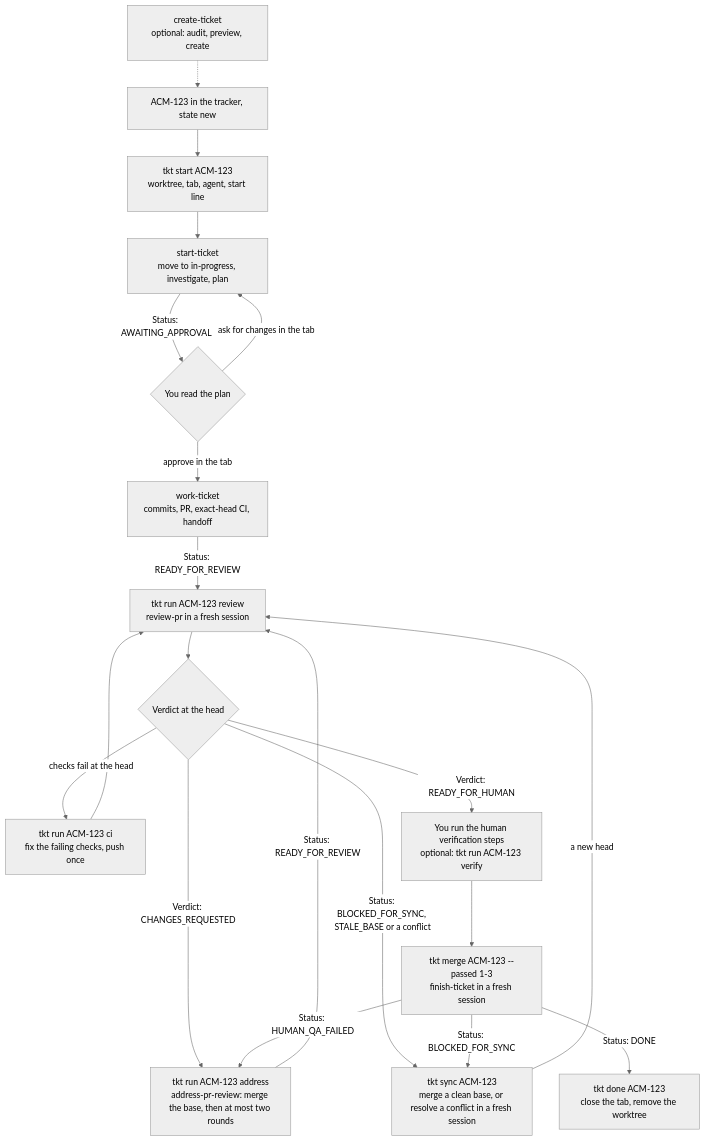
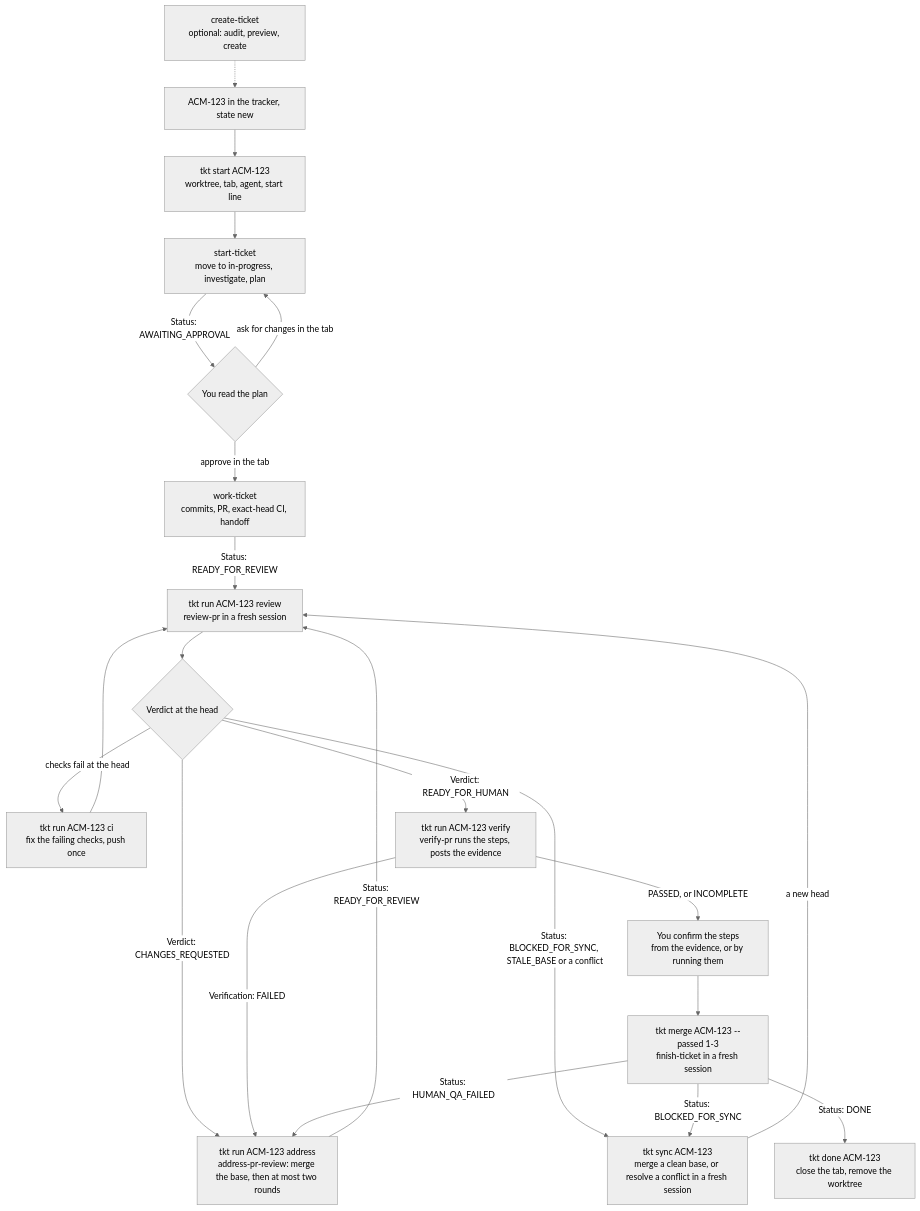
The second of 9 diagrams in docs/lifecycle.md (rogsme/tkt), drawn with Mermaid (neutral theme) before and after one commit. The commit also changed other lines of this file and 4 other files, not shown here.

````diff
--- a/docs/lifecycle.md
+++ b/docs/lifecycle.md
@@ -59,37 +59,40 @@
 ```mermaid
 flowchart TD
   ticket[ACM-123 in the tracker, state new]
   ct[create-ticket<br/>optional: audit, preview, create]
   start[tkt start ACM-123<br/>worktree, tab, agent, start line]
   st[start-ticket<br/>move to in-progress, investigate, plan]
   plan{You read the plan}
   wk[work-ticket<br/>commits, PR, exact-head CI, handoff]
   review[tkt run ACM-123 review<br/>review-pr in a fresh session]
   verdict{Verdict at the head}
   address[tkt run ACM-123 address<br/>address-pr-review: merge the base, then at most two rounds]
   sync[tkt sync ACM-123<br/>merge a clean base, or resolve a conflict in a fresh session]
   cifix[tkt run ACM-123 ci<br/>fix the failing checks, push once]
-  human[You run the human verification steps<br/>optional: tkt run ACM-123 verify]
+  verify[tkt run ACM-123 verify<br/>verify-pr runs the steps, posts the evidence]
+  human[You confirm the steps<br/>from the evidence, or by running them]
   merge[tkt merge ACM-123 --passed 1-3<br/>finish-ticket in a fresh session]
   done[tkt done ACM-123<br/>close the tab, remove the worktree]
 
   ct -.-> ticket
   ticket --> start
   start --> st
   st -->|Status: AWAITING_APPROVAL| plan
   plan -->|ask for changes in the tab| st
   plan -->|approve in the tab| wk
   wk -->|Status: READY_FOR_REVIEW| review
   review --> verdict
   verdict -->|Verdict: CHANGES_REQUESTED| address
   verdict -->|Status: BLOCKED_FOR_SYNC, STALE_BASE or a conflict| sync
   verdict -->|checks fail at the head| cifix
-  verdict -->|Verdict: READY_FOR_HUMAN| human
+  verdict -->|Verdict: READY_FOR_HUMAN| verify
+  verify -->|Verification: FAILED| address
+  verify -->|PASSED, or INCOMPLETE| human
   address -->|Status: READY_FOR_REVIEW| review
   sync -->|a new head| review
   cifix --> review
   human --> merge
   merge -->|Status: HUMAN_QA_FAILED| address
   merge -->|Status: BLOCKED_FOR_SYNC| sync
   merge -->|Status: DONE| done
 ```
````
